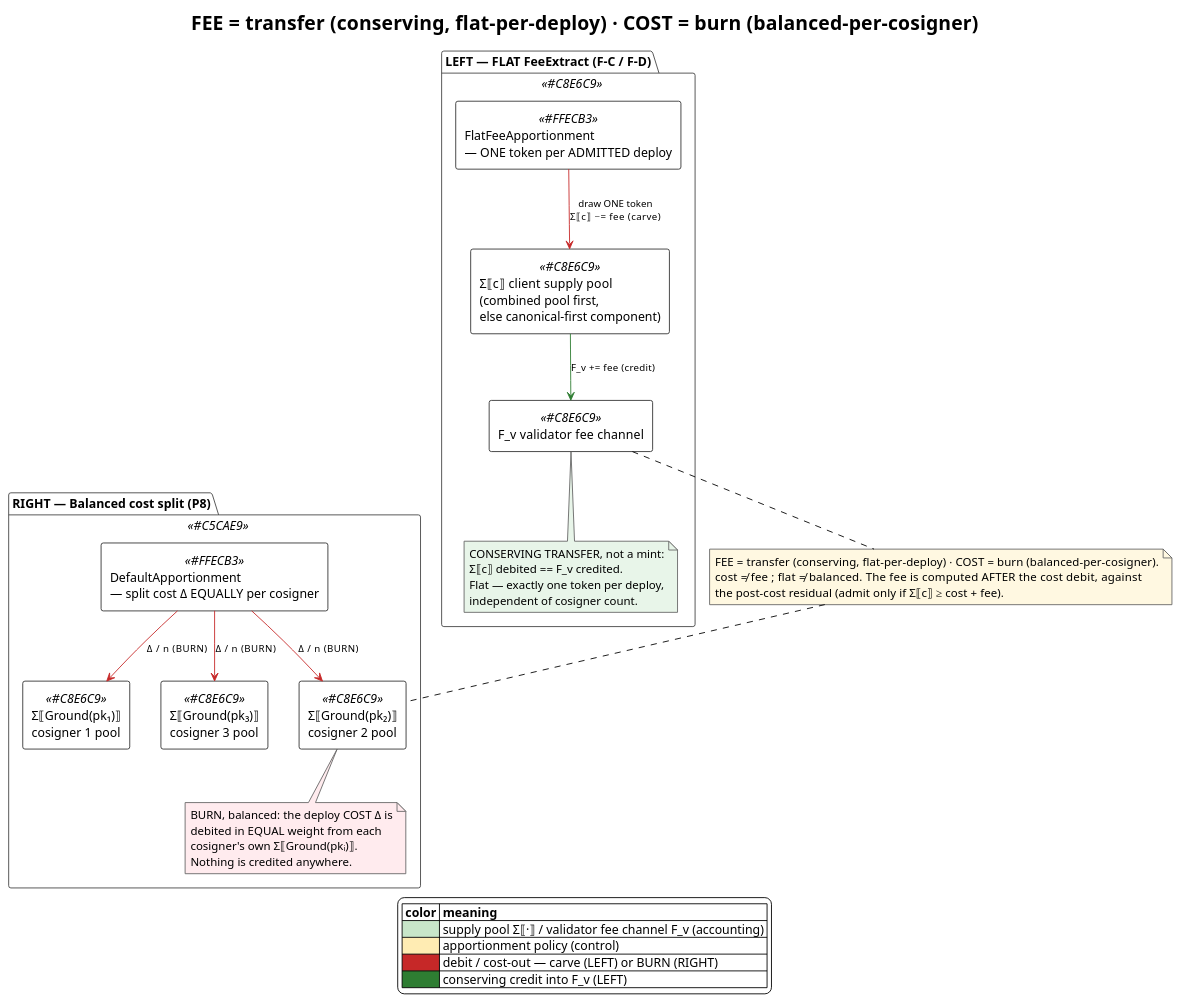
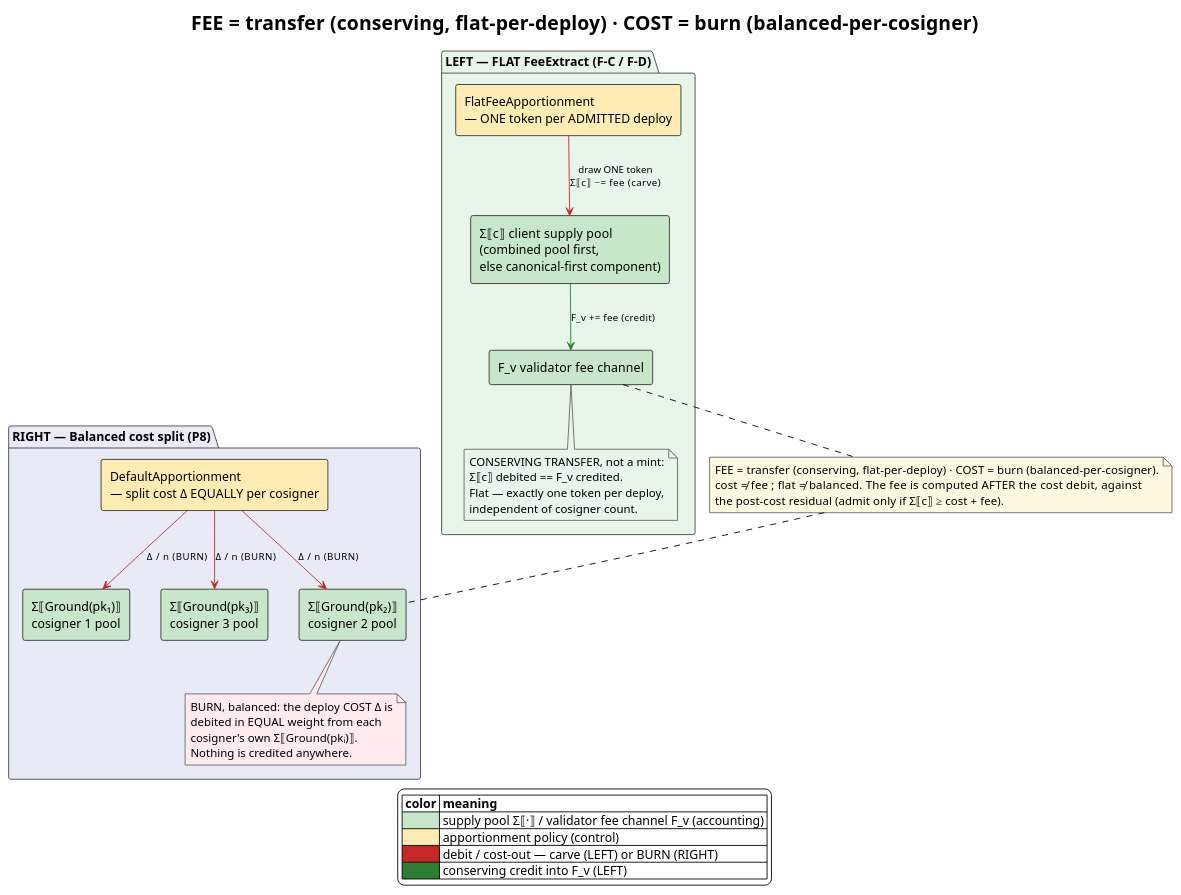
One commit to F1R3FLY-io/f1r3node-rust changed the diagram in docs/theory/diagrams/flatfee-vs-balanced-split.puml. Above: the diagram before and after it, drawn with PlantUML. The commit also changed 7 other files, not shown here.

First line of the commit message:
[agent] docs(cost-accounting): color component fills in 4 cost-accounting diagrams

```diff
--- a/docs/theory/diagrams/flatfee-vs-balanced-split.puml
+++ b/docs/theory/diagrams/flatfee-vs-balanced-split.puml
@@ -14,65 +14,65 @@
 @startuml flatfee-vs-balanced-split
 !theme plain
 skinparam defaultFontName "sans-serif"
 skinparam componentStyle rectangle
 skinparam shadowing false
 skinparam ArrowFontSize 11
 skinparam package {
   BorderColor #444444
 }
 skinparam component {
   BorderColor #333333
 }
 skinparam NoteBackgroundColor #FFF8E1
 skinparam NoteBorderColor     #666666
 title FEE = transfer (conserving, flat-per-deploy)  ·  COST = burn (balanced-per-cosigner)
 
-package "LEFT — FLAT FeeExtract (F-C / F-D)" <<#C8E6C9>> {
-  component "FlatFeeApportionment\n— ONE token per ADMITTED deploy" <<#FFECB3>> as FFA
-  component "Σ⟦c⟧  client supply pool\n(combined pool first,\nelse canonical-first component)" <<#C8E6C9>> as CPOOL
-  component "F_v  validator fee channel" <<#C8E6C9>> as FV
+package "LEFT — FLAT FeeExtract (F-C / F-D)" #E8F5E9 {
+  component "FlatFeeApportionment\n— ONE token per ADMITTED deploy" as FFA #FFECB3
+  component "Σ⟦c⟧  client supply pool\n(combined pool first,\nelse canonical-first component)" as CPOOL #C8E6C9
+  component "F_v  validator fee channel" as FV #C8E6C9
 
   FFA  -[#C62828]-> CPOOL : draw ONE token\nΣ⟦c⟧ −= fee   (carve)
   CPOOL -[#2E7D32]-> FV   : F_v += fee   (credit)
   note bottom of FV #E8F5E9
     CONSERVING TRANSFER, not a mint:
     Σ⟦c⟧ debited == F_v credited.
     Flat — exactly one token per deploy,
     independent of cosigner count.
   end note
 }
 
-package "RIGHT — Balanced cost split (P8)" <<#C5CAE9>> {
-  component "DefaultApportionment\n— split cost Δ EQUALLY per cosigner" <<#FFECB3>> as DA
-  component "Σ⟦Ground(pk₁)⟧\ncosigner 1 pool" <<#C8E6C9>> as P1
-  component "Σ⟦Ground(pk₂)⟧\ncosigner 2 pool" <<#C8E6C9>> as P2
-  component "Σ⟦Ground(pk₃)⟧\ncosigner 3 pool" <<#C8E6C9>> as P3
+package "RIGHT — Balanced cost split (P8)" #E8EAF6 {
+  component "DefaultApportionment\n— split cost Δ EQUALLY per cosigner" as DA #FFECB3
+  component "Σ⟦Ground(pk₁)⟧\ncosigner 1 pool" as P1 #C8E6C9
+  component "Σ⟦Ground(pk₂)⟧\ncosigner 2 pool" as P2 #C8E6C9
+  component "Σ⟦Ground(pk₃)⟧\ncosigner 3 pool" as P3 #C8E6C9
 
   DA -[#C62828]-> P1 : Δ / n   (BURN)
   DA -[#C62828]-> P2 : Δ / n   (BURN)
   DA -[#C62828]-> P3 : Δ / n   (BURN)
   note bottom of P2 #FFEBEE
     BURN, balanced: the deploy COST Δ is
     debited in EQUAL weight from each
     cosigner's own Σ⟦Ground(pkᵢ)⟧.
     Nothing is credited anywhere.
   end note
 }
 
 note as DIVIDER #FFF8E1
   FEE = transfer (conserving, flat-per-deploy)  ·  COST = burn (balanced-per-cosigner).
   cost ≠ fee ;  flat ≠ balanced.   The fee is computed AFTER the cost debit, against
   the post-cost residual (admit only if Σ⟦c⟧ ≥ cost + fee).
 end note
 FV   .. DIVIDER
 DIVIDER .. P2
 
 legend bottom
   |= color |= meaning |
   |<#C8E6C9>| supply pool Σ⟦·⟧ / validator fee channel F_v (accounting) |
   |<#FFECB3>| apportionment policy (control) |
   |<#C62828>| debit / cost-out — carve (LEFT) or BURN (RIGHT) |
   |<#2E7D32>| conserving credit into F_v (LEFT) |
 endlegend
 
 @enduml
```
